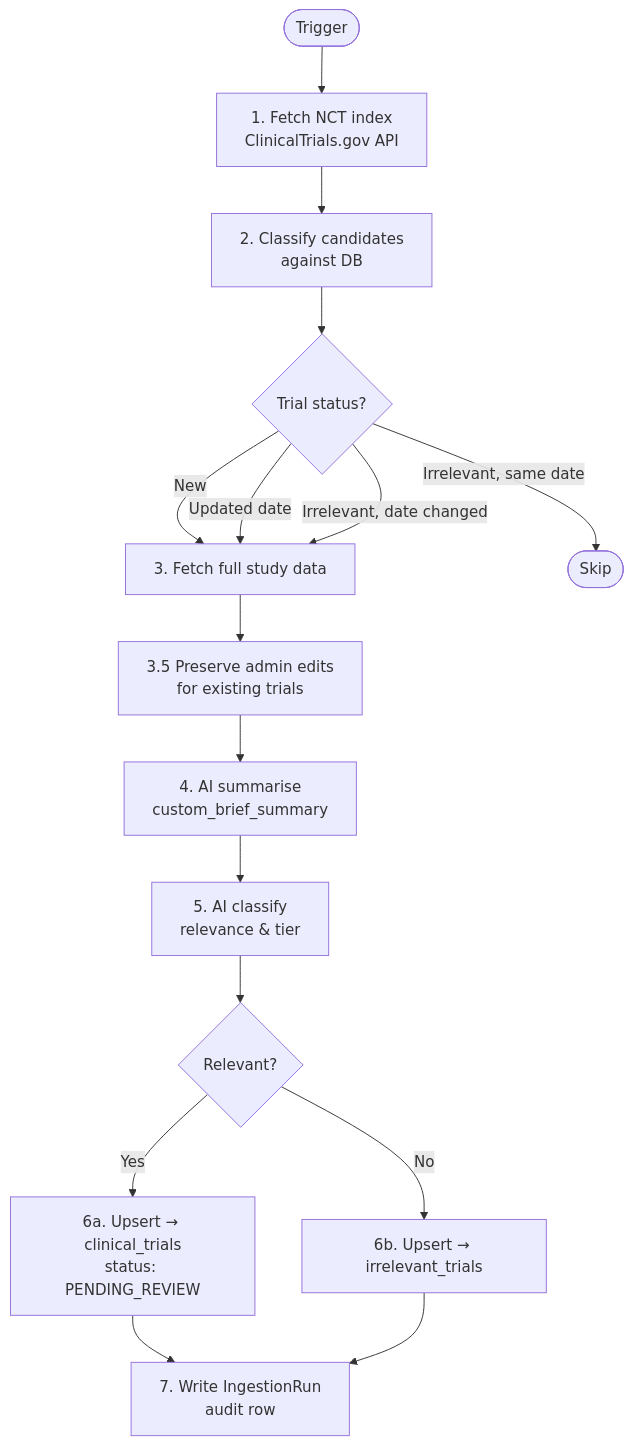
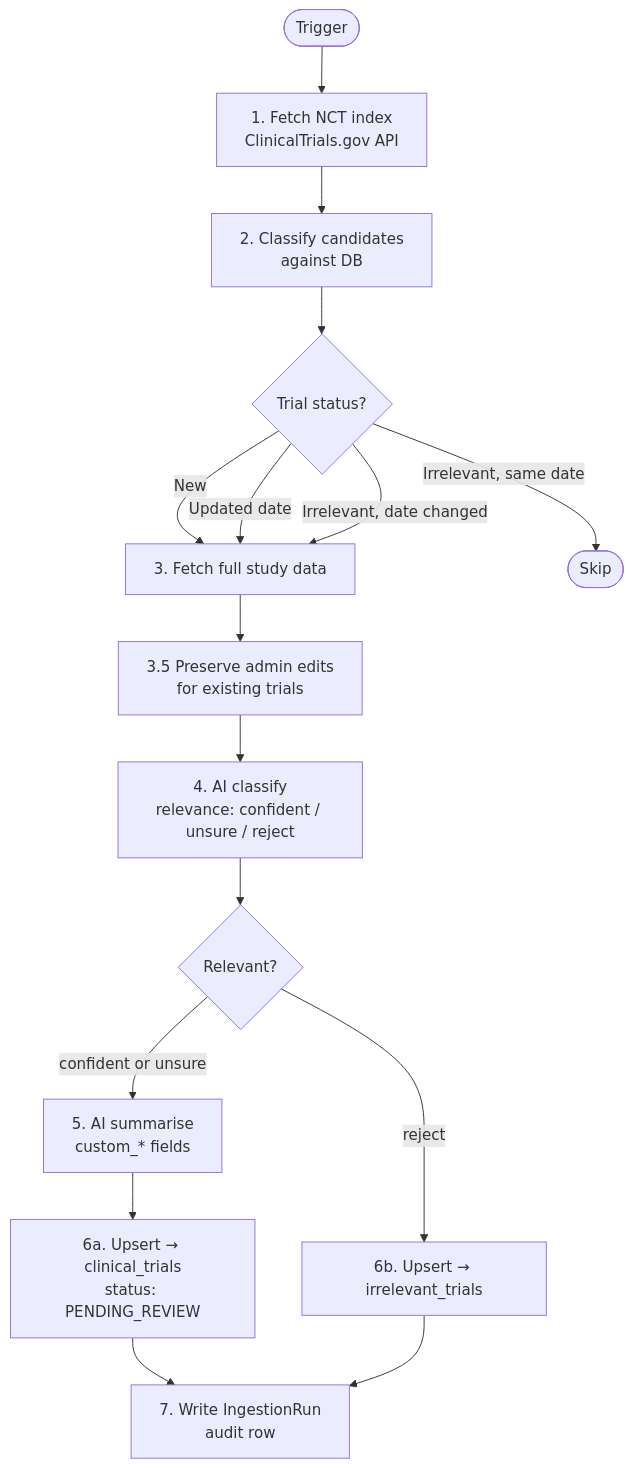
One commit to The-Bardo-Foundation/ONTEX changed the first of 2 diagrams in docs/ingestion.md. Above: the diagram before and after it, drawn with Mermaid. The commit also changed other lines of this file and 1 other file, not shown here.

````diff
--- a/docs/ingestion.md
+++ b/docs/ingestion.md
@@ -18,22 +18,23 @@
 ```mermaid
 flowchart TD
     A([Trigger]) --> B[1. Fetch NCT index\nClinicalTrials.gov API]
     B --> C[2. Classify candidates\nagainst DB]
     C --> D{Trial status?}
 
     D -->|New| E[3. Fetch full study data]
     D -->|Updated date| E
     D -->|Irrelevant, date changed| E
     D -->|Irrelevant, same date| Z([Skip])
 
     E --> F[3.5 Preserve admin edits\nfor existing trials]
-    F --> G[4. AI summarise\ncustom_brief_summary]
-    G --> H[5. AI classify\nrelevance & tier]
-    H --> I{Relevant?}
+    F --> G[4. AI classify\nrelevance: confident / unsure / reject]
+    G --> I{Relevant?}
 
-    I -->|Yes| J[6a. Upsert → clinical_trials\nstatus: PENDING_REVIEW]
-    I -->|No| K[6b. Upsert → irrelevant_trials]
+    I -->|confident or unsure| H[5. AI summarise\ncustom_* fields]
+    I -->|reject| K[6b. Upsert → irrelevant_trials]
+
+    H --> J[6a. Upsert → clinical_trials\nstatus: PENDING_REVIEW]
 
     J --> L[7. Write IngestionRun\naudit row]
     K --> L
 ```
````
